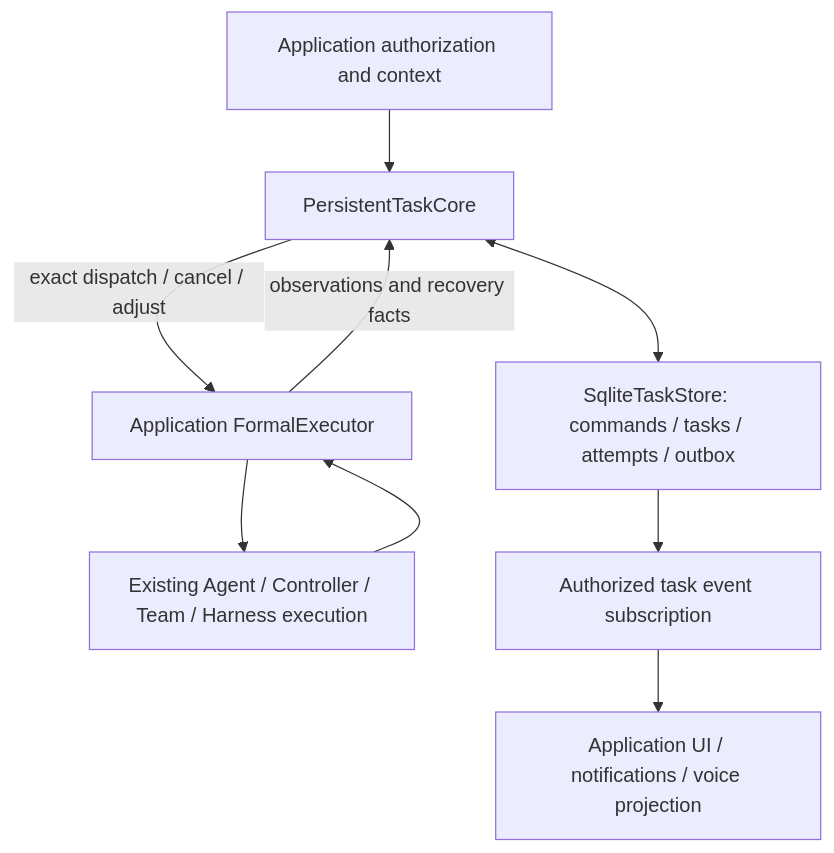
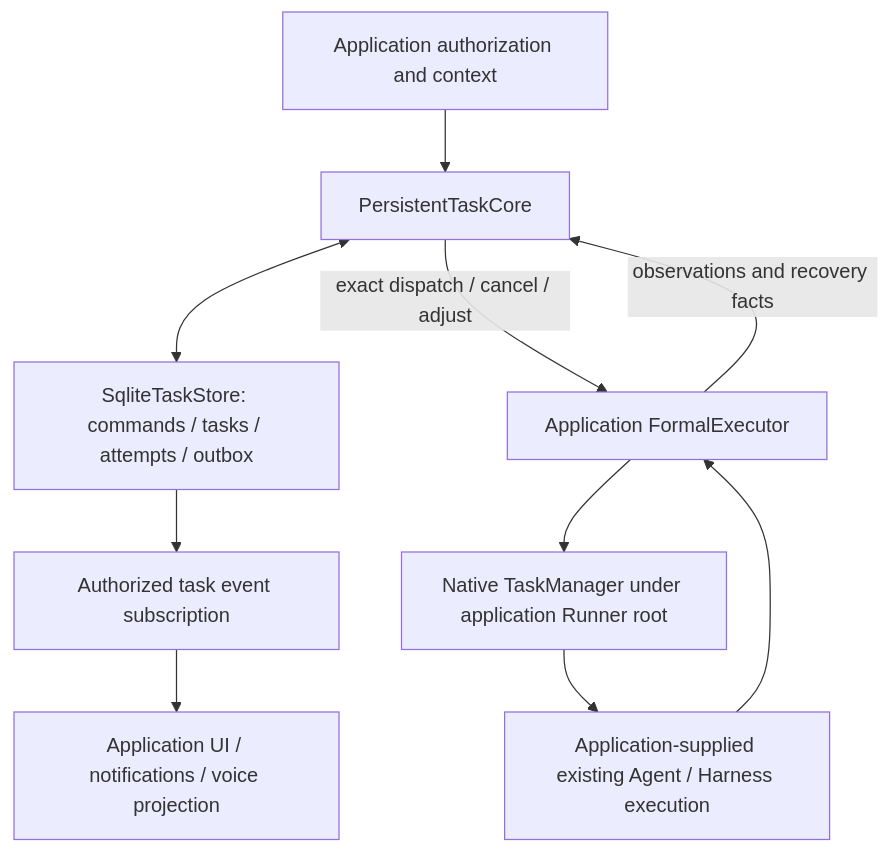
The diagram in docs/dev/persistent-application-tasks.md (agtai/agent-core), drawn with Mermaid before and after one commit. The commit also changed other lines of this file, not shown here.

Commit message:
docs(tasks): align integration guide with native execution ownership

````diff
--- a/docs/dev/persistent-application-tasks.md
+++ b/docs/dev/persistent-application-tasks.md
@@ -27,11 +33,12 @@
 ```mermaid
 flowchart TD
   A[Application authorization and context] --> C[PersistentTaskCore]
   C <--> S[SqliteTaskStore: commands / tasks / attempts / outbox]
   C -->|exact dispatch / cancel / adjust| E[Application FormalExecutor]
-  E --> R[Existing Agent / Controller / Team / Harness execution]
+  E --> N[Native TaskManager under application Runner root]
+  N --> R[Application-supplied existing Agent / Harness execution]
   R --> E
   E -->|observations and recovery facts| C
   S --> F[Authorized task event subscription]
   F --> U[Application UI / notifications / voice projection]
 ```
````
